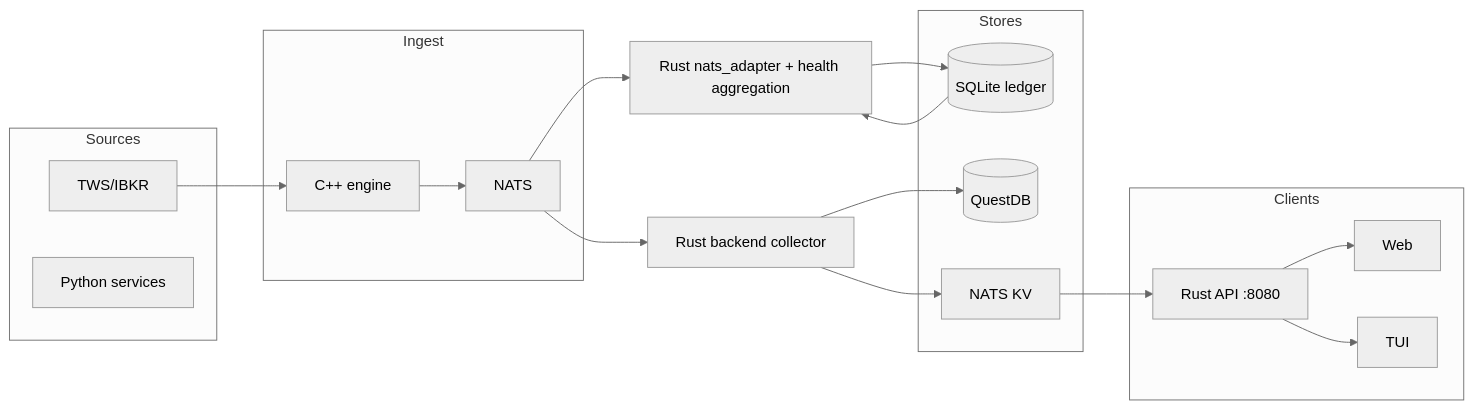
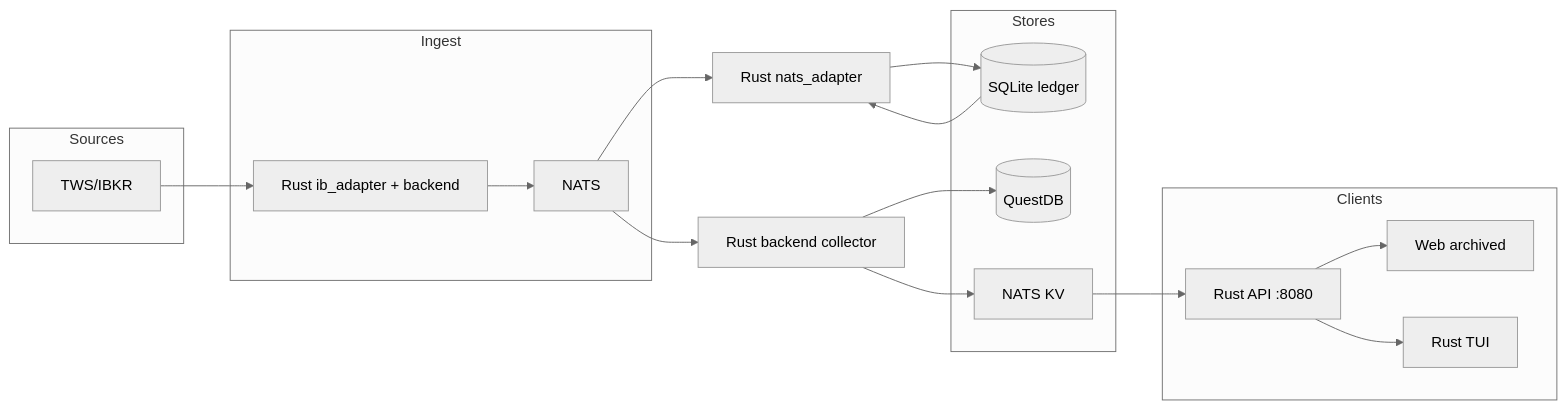
One commit to davidl71/Aether changed the diagram in docs/platform/DATAFLOW_ARCHITECTURE.md. Above: the diagram before and after it, drawn with Mermaid (neutral theme). The commit also changed other lines of this file and 1 other file, not shown here.

First line of the commit message:
docs: Rust-first datapath and broker/data-provider tables in platform docs

````diff
--- a/docs/platform/DATAFLOW_ARCHITECTURE.md
+++ b/docs/platform/DATAFLOW_ARCHITECTURE.md
@@ -260,32 +291,31 @@
 ```mermaid
 flowchart LR
   subgraph sources [Sources]
     TWS[TWS/IBKR]
-    Python[Python services]
   end
   subgraph ingest [Ingest]
-    Cpp[C++ engine]
+    RustIng[Rust ib_adapter + backend]
     Nats[NATS]
   end
   subgraph stores [Stores]
     Ledger[(SQLite ledger)]
     QDB[(QuestDB)]
     KV[NATS KV]
   end
   subgraph clients [Clients]
     RustApi[Rust API :8080]
-    Web[Web]
-    TUI[TUI]
+    Web[Web archived]
+    TUI[Rust TUI]
   end
-  TWS --> Cpp
-  Cpp --> Nats
+  TWS --> RustIng
+  RustIng --> Nats
   Nats --> Collector[Rust backend collector]
-  Nats --> Rust[Rust nats_adapter + health aggregation]
+  Nats --> Rust[Rust nats_adapter]
   Collector --> QDB
   Collector --> KV
   Rust --> Ledger
   RustApi --> Web
   RustApi --> TUI
   Ledger --> Rust
   KV --> RustApi
 ```
````
